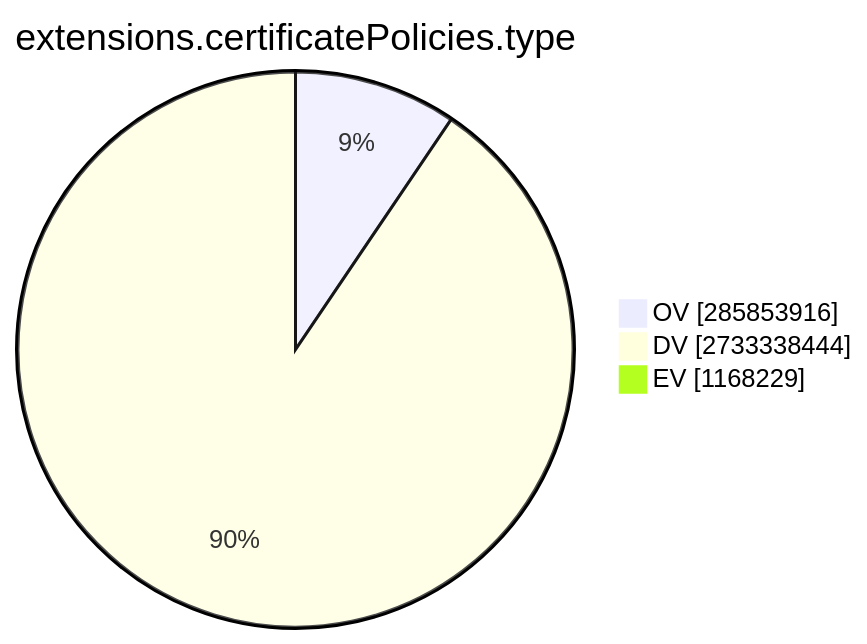
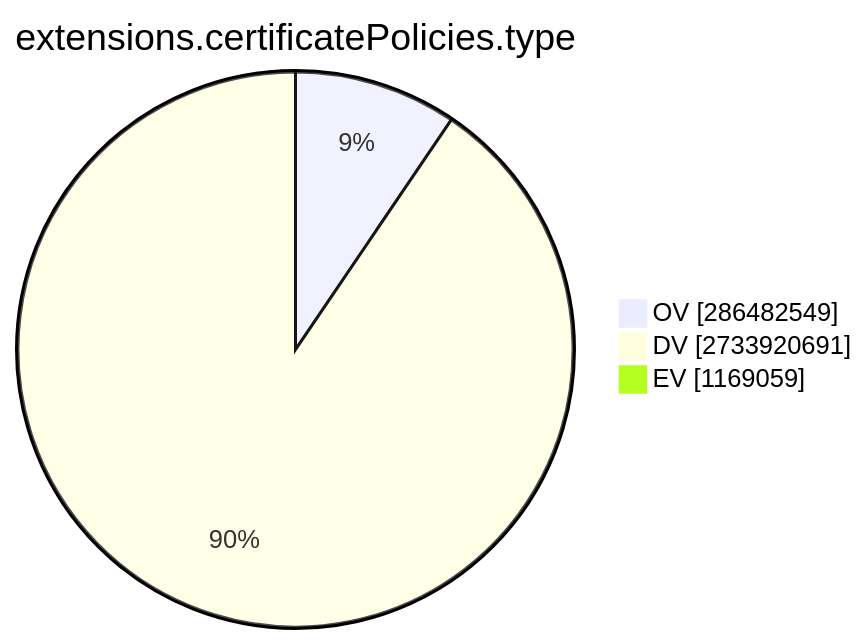
The ninth of 15 diagrams in TOTAL/README.md (christiankrug/ctmonitor_visualization), drawn with Mermaid before and after one commit. The commit also changed other lines of this file, not shown here.

````diff
--- a/TOTAL/README.md
+++ b/TOTAL/README.md
@@ -3089,7 +3089,7 @@
 ```mermaid
 pie showData
 title extensions.certificatePolicies.type
-"OV" :285853916
-"DV" :2733338444
-"EV" :1168229
+"OV" :286482549
+"DV" :2733920691
+"EV" :1169059
 ```
````
